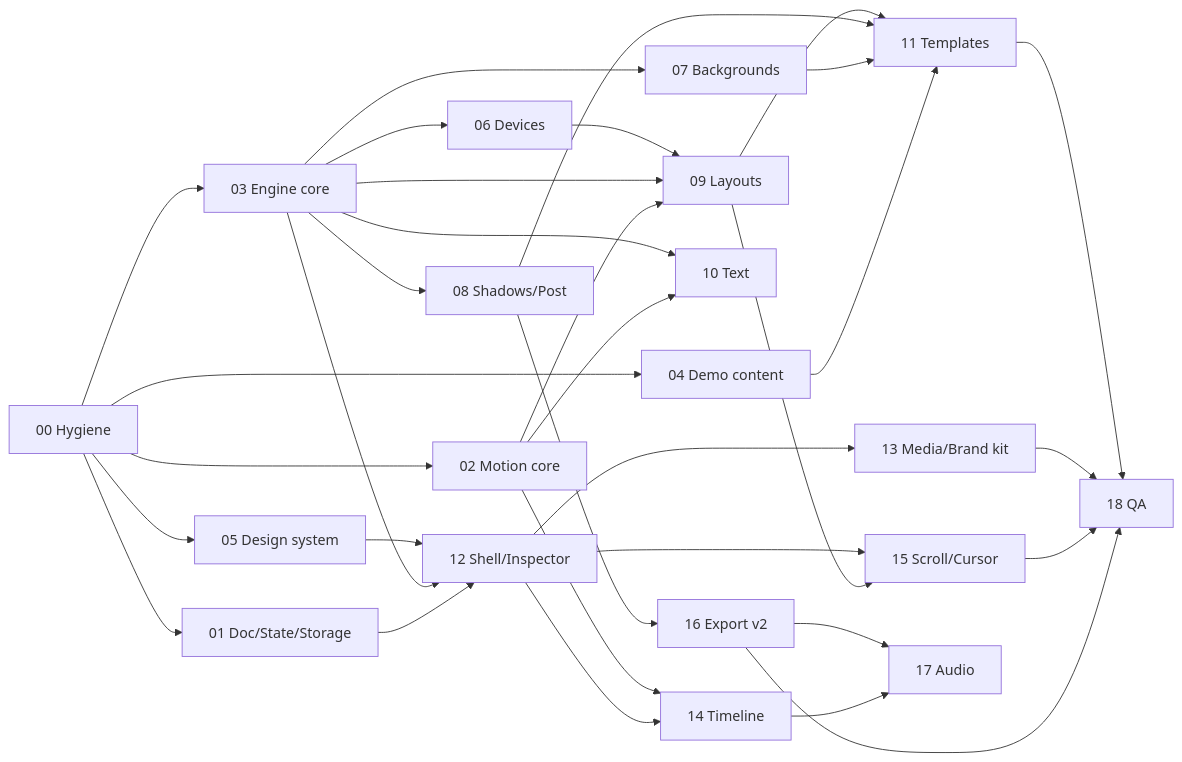
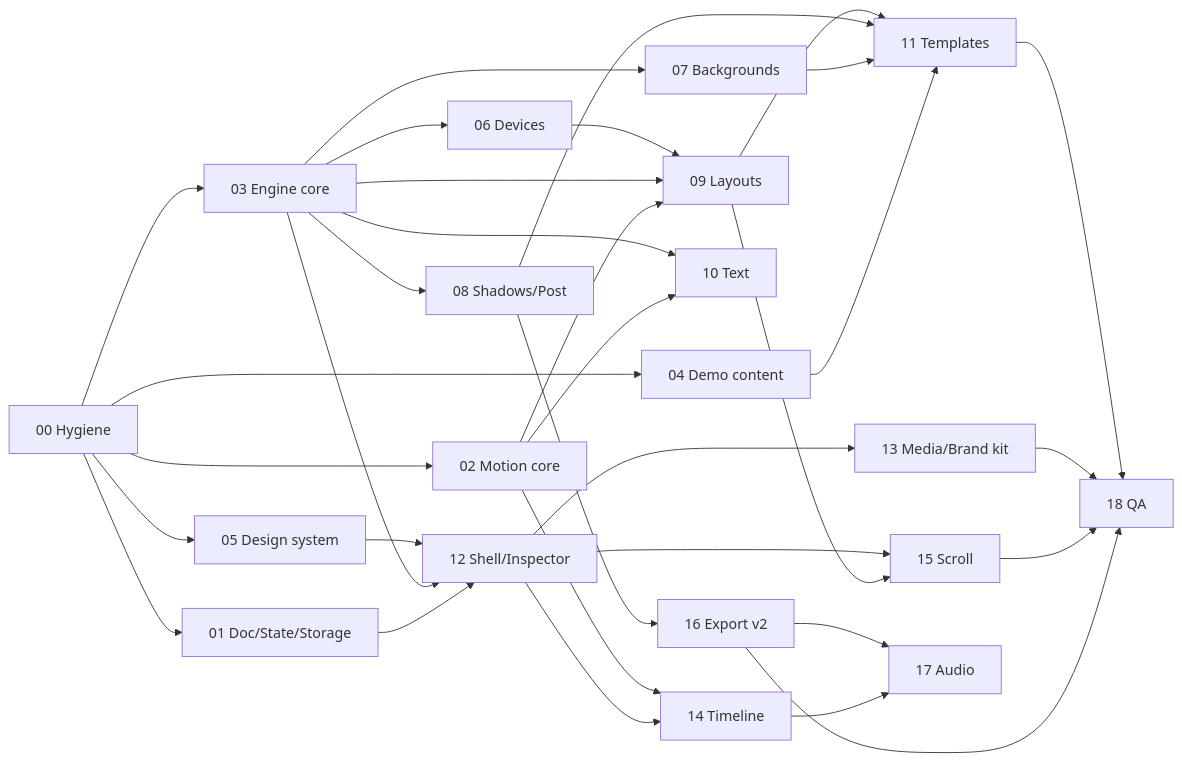
One commit to jesseleechan/mockup-motion changed the diagram in docs/plan/README.md. Above: the diagram before and after it, drawn with Mermaid. The commit also changed other lines of this file and 18 other files, not shown here.

````diff
--- a/docs/plan/README.md
+++ b/docs/plan/README.md
@@ -209,35 +208,35 @@
 ```mermaid
 graph LR
   WP00[00 Hygiene] --> WP01[01 Doc/State/Storage]
   WP00 --> WP02[02 Motion core]
   WP00 --> WP03[03 Engine core]
   WP00 --> WP04[04 Demo content]
   WP00 --> WP05[05 Design system]
   WP03 --> WP06[06 Devices]
   WP03 --> WP07[07 Backgrounds]
   WP03 --> WP08[08 Shadows/Post]
   WP02 --> WP09[09 Layouts]
   WP03 --> WP09
   WP06 --> WP09
   WP02 --> WP10[10 Text]
   WP03 --> WP10
   WP04 --> WP11[11 Templates]
   WP07 --> WP11
   WP08 --> WP11
   WP09 --> WP11
   WP01 --> WP12[12 Shell/Inspector]
   WP03 --> WP12
   WP05 --> WP12
   WP12 --> WP13[13 Media/Brand kit]
   WP12 --> WP14[14 Timeline]
   WP02 --> WP14
-  WP09 --> WP15[15 Scroll/Cursor]
+  WP09 --> WP15[15 Scroll]
   WP12 --> WP15
   WP08 --> WP16[16 Export v2]
   WP14 --> WP17[17 Audio]
   WP16 --> WP17
   WP16 --> WP18[18 QA]
   WP15 --> WP18
   WP13 --> WP18
   WP11 --> WP18
 ```
````
